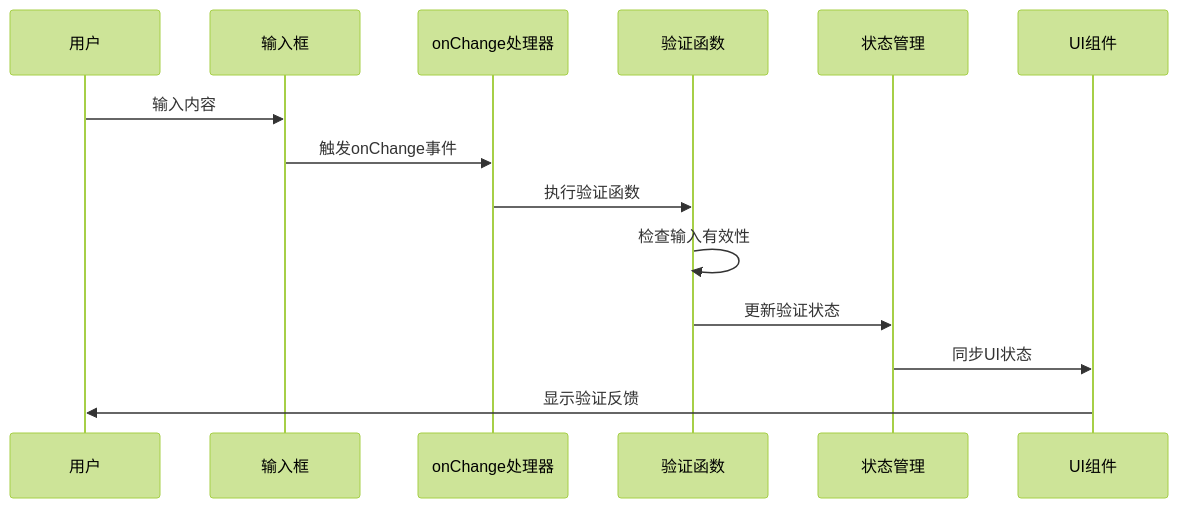
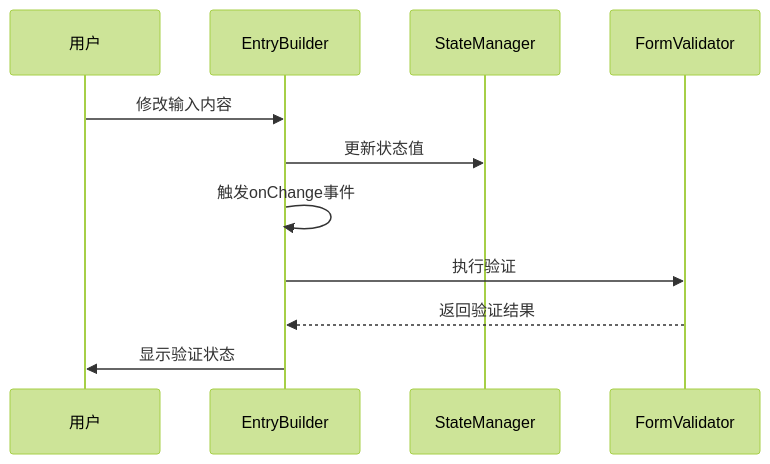
The sixth of 7 diagrams in .qoder/repowiki/zh/content/验证系统.md (yangweijie/libuiBuilder), drawn with Mermaid (forest theme) before and after one commit. The commit also changed other lines of this file and 126 other files, not shown here.

````diff
--- a/.qoder/repowiki/zh/content/验证系统.md
+++ b/.qoder/repowiki/zh/content/验证系统.md
@@ -206,16 +210,13 @@
 ```mermaid
 sequenceDiagram
 participant User as 用户
-participant Input as 输入框
-participant Handler as onChange处理器
-participant Validator as 验证函数
-participant State as 状态管理
-participant UI as UI组件
-User->>Input : 输入内容
-Input->>Handler : 触发onChange事件
-Handler->>Validator : 执行验证函数
-Validator->>Validator : 检查输入有效性
-Validator->>State : 更新验证状态
-State->>UI : 同步UI状态
-UI->>User : 显示验证反馈
+participant Entry as EntryBuilder
+participant State as StateManager
+participant Validator as FormValidator
+User->>Entry : 修改输入内容
+Entry->>State : 更新状态值
+Entry->>Entry : 触发onChange事件
+Entry->>Validator : 执行验证
+Validator-->>Entry : 返回验证结果
+Entry->>User : 显示验证状态
 ```
````
